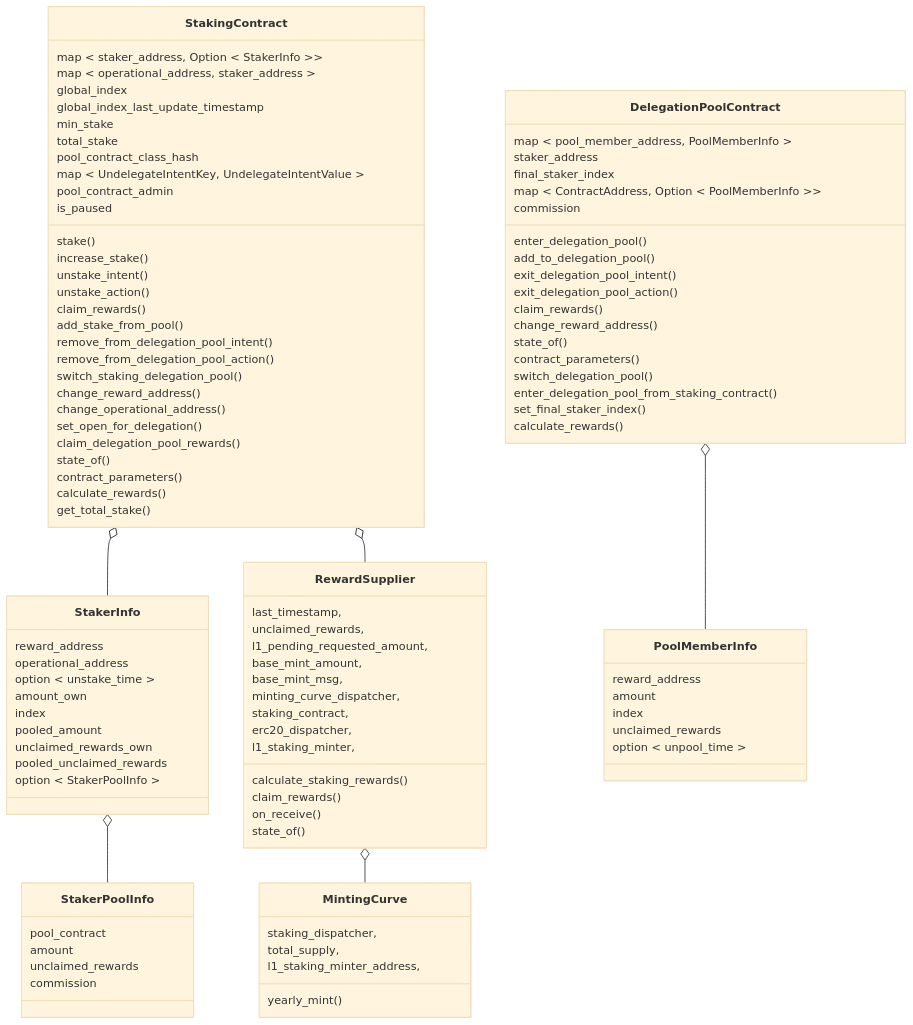
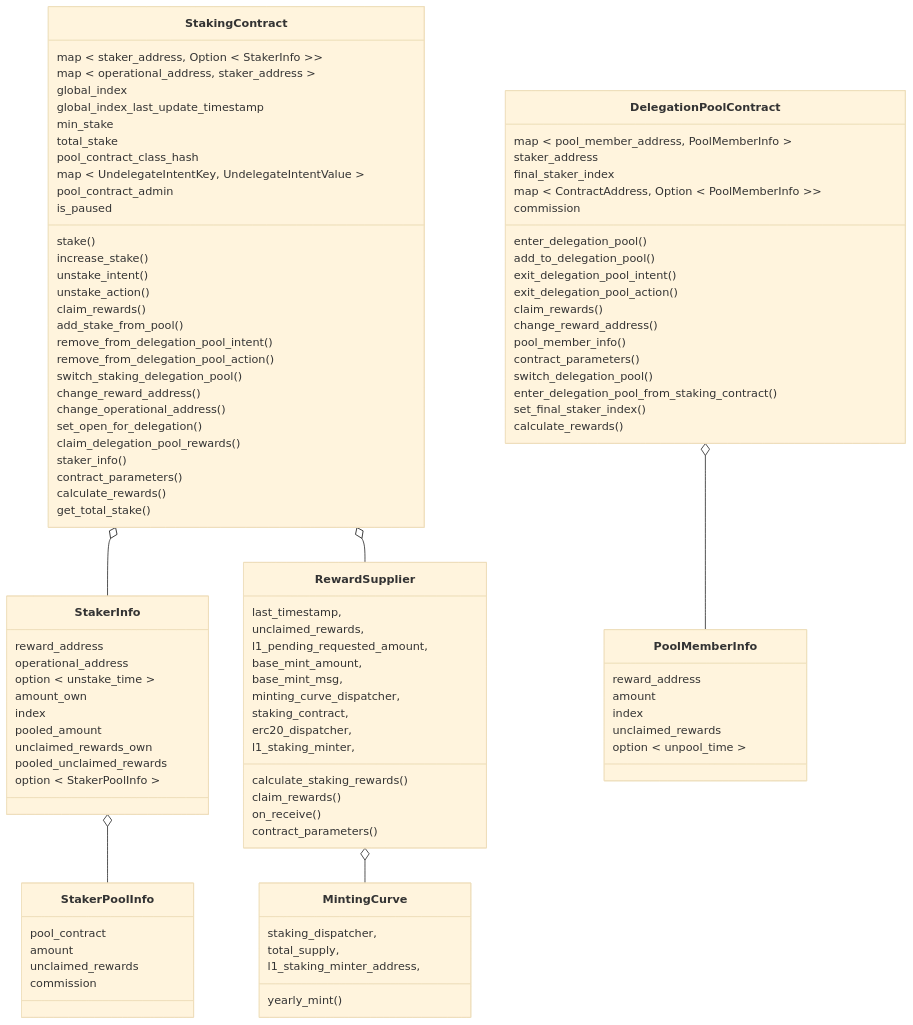
Before and after one commit to starkware-libs/starknet-staking: the first of 8 diagrams in workspace/apps/staking/docs/spec.md, drawn with Mermaid (base theme). The commit also changed other lines of this file and 13 other files, not shown here.

```diff
--- a/workspace/apps/staking/docs/spec.md
+++ b/workspace/apps/staking/docs/spec.md
@@ -166,7 +166,7 @@
     change_operational_address()
     set_open_for_delegation()
     claim_delegation_pool_rewards()
-    state_of()
+    staker_info()
     contract_parameters()
     calculate_rewards()
     get_total_stake()
@@ -184,7 +184,7 @@
     exit_delegation_pool_action()
     claim_rewards()
     change_reward_address()
-    state_of()
+    pool_member_info()
     contract_parameters()
     switch_delegation_pool()
     enter_delegation_pool_from_staking_contract()
@@ -228,7 +228,7 @@
     calculate_staking_rewards()
     claim_rewards()
     on_receive()
-    state_of()
+    contract_parameters()
   }
   class MintingCurve {
     staking_dispatcher,
```
